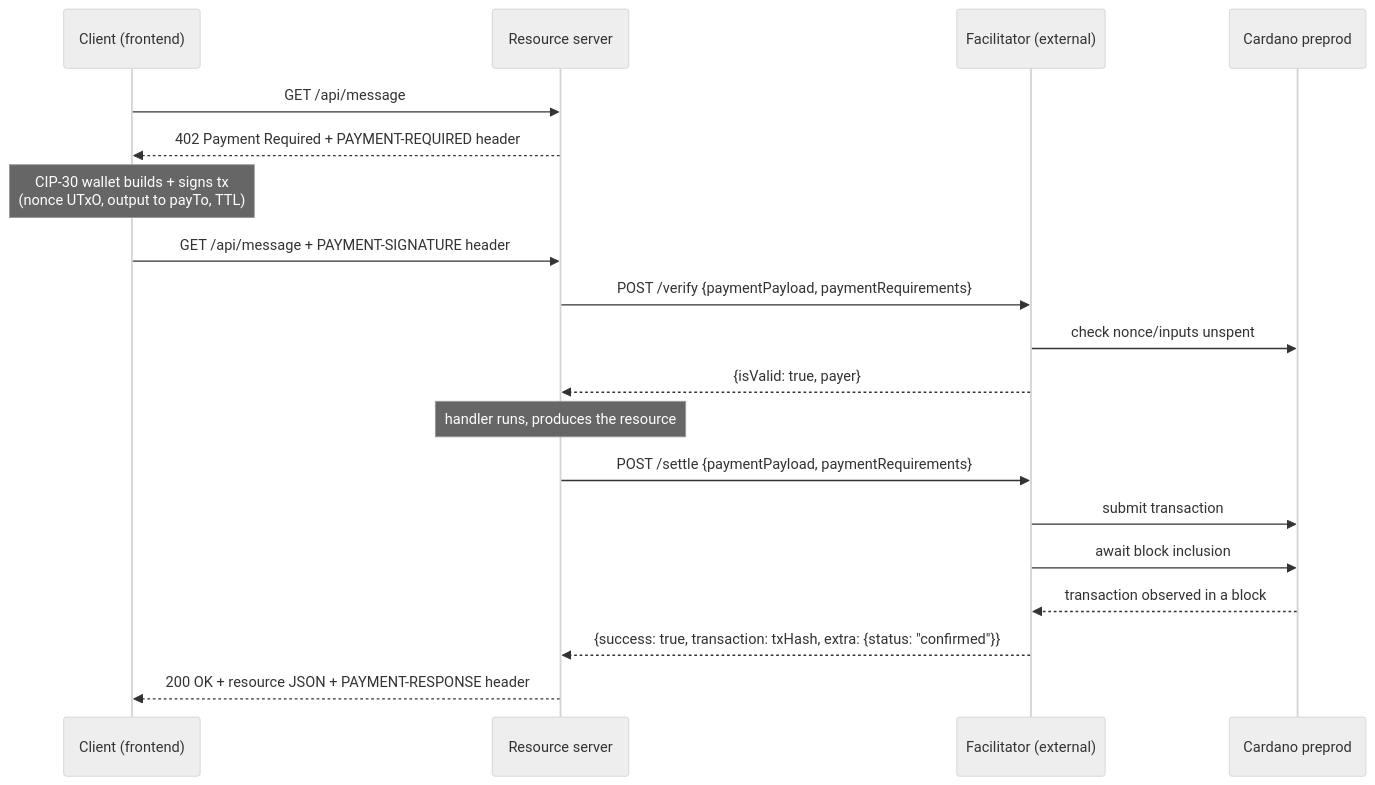
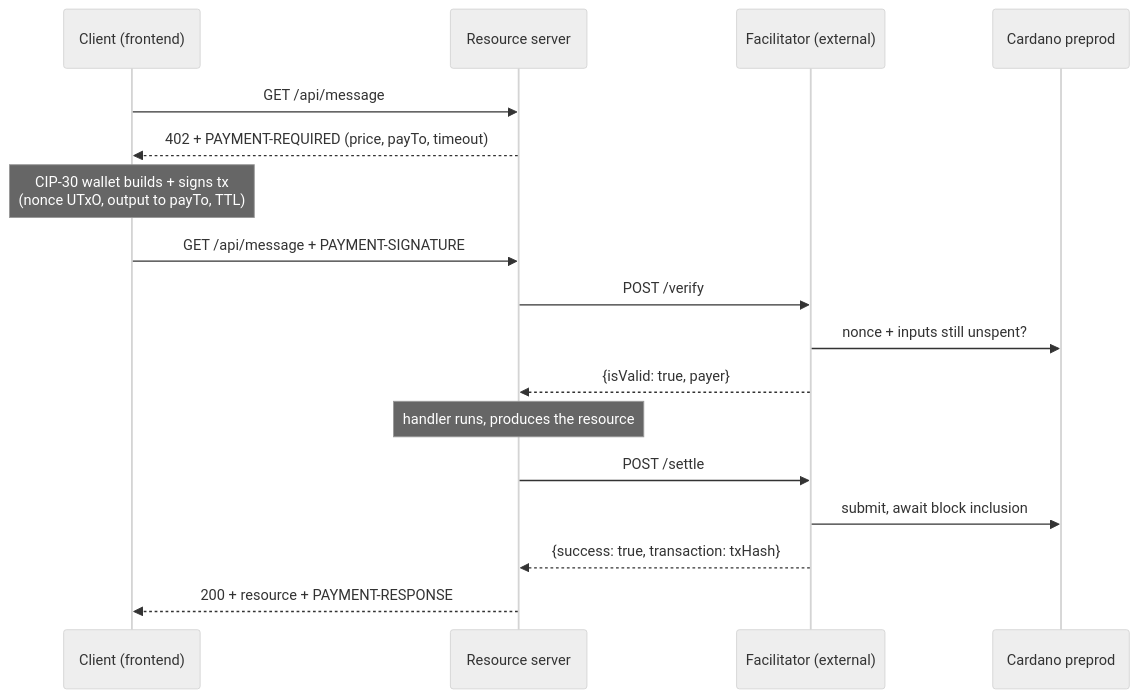
Before and after one commit to Kammerlo/x402-cardano-demo: the diagram in README.md, drawn with Mermaid (neutral theme). The commit also changed other lines of this file, not shown here.

````diff
--- a/README.md
+++ b/README.md
@@ -17,22 +47,20 @@
 ```mermaid
 sequenceDiagram
     participant C as Client (frontend)
     participant S as Resource server
     participant F as Facilitator (external)
     participant X as Cardano preprod
 
     C->>S: GET /api/message
-    S-->>C: 402 Payment Required + PAYMENT-REQUIRED header
+    S-->>C: 402 + PAYMENT-REQUIRED (price, payTo, timeout)
     Note over C: CIP-30 wallet builds + signs tx<br/>(nonce UTxO, output to payTo, TTL)
-    C->>S: GET /api/message + PAYMENT-SIGNATURE header
-    S->>F: POST /verify {paymentPayload, paymentRequirements}
-    F->>X: check nonce/inputs unspent
+    C->>S: GET /api/message + PAYMENT-SIGNATURE
+    S->>F: POST /verify
+    F->>X: nonce + inputs still unspent?
     F-->>S: {isValid: true, payer}
     Note over S: handler runs, produces the resource
-    S->>F: POST /settle {paymentPayload, paymentRequirements}
-    F->>X: submit transaction
-    F->>X: await block inclusion
-    X-->>F: transaction observed in a block
-    F-->>S: {success: true, transaction: txHash, extra: {status: "confirmed"}}
-    S-->>C: 200 OK + resource JSON + PAYMENT-RESPONSE header
+    S->>F: POST /settle
+    F->>X: submit, await block inclusion
+    F-->>S: {success: true, transaction: txHash}
+    S-->>C: 200 + resource + PAYMENT-RESPONSE
 ```
````
